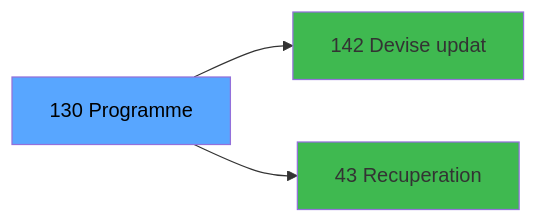
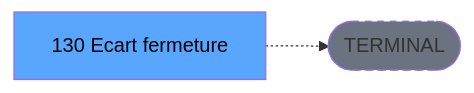
One commit to thonyAGP/lecteur-magic changed the third of 3 diagrams in .openspec/specs/ADH-IDE-130.md. Above: the diagram before and after it, drawn with Mermaid. The commit also changed other lines of this file and 701 other files, not shown here.

````diff
--- a/.openspec/specs/ADH-IDE-130.md
+++ b/.openspec/specs/ADH-IDE-130.md
@@ -141,11 +140,8 @@
 ```mermaid
 graph LR
-    T[130 Programme]
-    C142[142 Devise updat]
-    T --> C142
-    C43[43 Recuperation]
-    T --> C43
+    T[130 Ecart fermeture]
+    TERM([TERMINAL])
+    T -.-> TERM
+    style TERM fill:#6b7280,stroke-dasharray: 5 5
     style T fill:#58a6ff,color:#000
-    style C142 fill:#3fb950
-    style C43 fill:#3fb950
 ```
````
